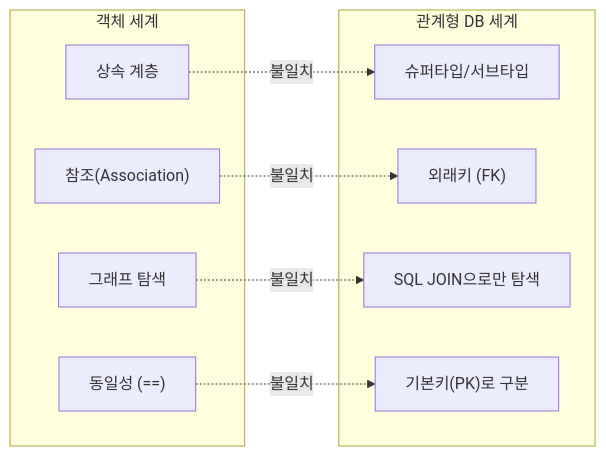
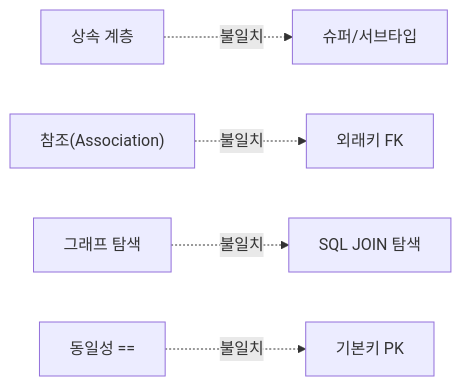
Before and after one commit to yjkim2015/yjkim2015.github.io: the first of 10 diagrams in _posts/jpa/2026-05-01-jpa-fundamentals.md, drawn with Mermaid. The commit also changed other lines of this file and 215 other files, not shown here.

First line of the commit message:
신규 포스트 10개 추가 + Mermaid 전면 축소 + SystemDesign 시리즈 보강

````diff
--- a/_posts/jpa/2026-05-01-jpa-fundamentals.md
+++ b/_posts/jpa/2026-05-01-jpa-fundamentals.md
@@ -25,19 +25,7 @@
 ```mermaid
 graph LR
-    subgraph OBJ["객체 세계"]
-        O1["상속 계층"]
-        O2["참조(Association)"]
-        O3["그래프 탐색"]
-        O4["동일성 (==)"]
-    end
-    subgraph DB["관계형 DB 세계"]
-        D1["슈퍼타입/서브타입"]
-        D2["외래키 (FK)"]
-        D3["SQL JOIN으로만 탐색"]
-        D4["기본키(PK)로 구분"]
-    end
-    O1 -.->|"불일치"| D1
-    O2 -.->|"불일치"| D2
-    O3 -.->|"불일치"| D3
-    O4 -.->|"불일치"| D4
+    O1["상속 계층"] -.->|불일치| D1["슈퍼/서브타입"]
+    O2["참조(Association)"] -.->|불일치| D2["외래키 FK"]
+    O3["그래프 탐색"] -.->|불일치| D3["SQL JOIN 탐색"]
+    O4["동일성 =="] -.->|불일치| D4["기본키 PK"]
 ```
````
